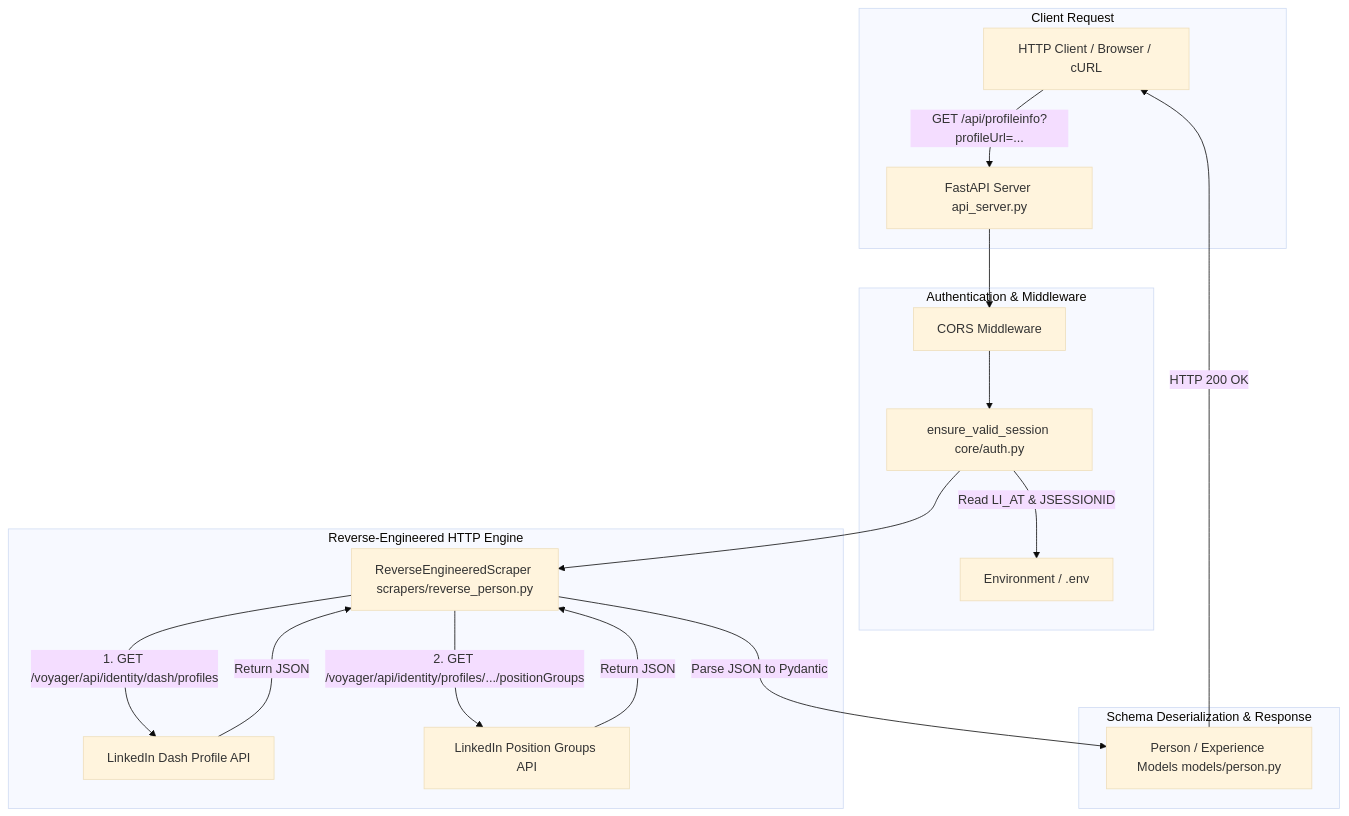
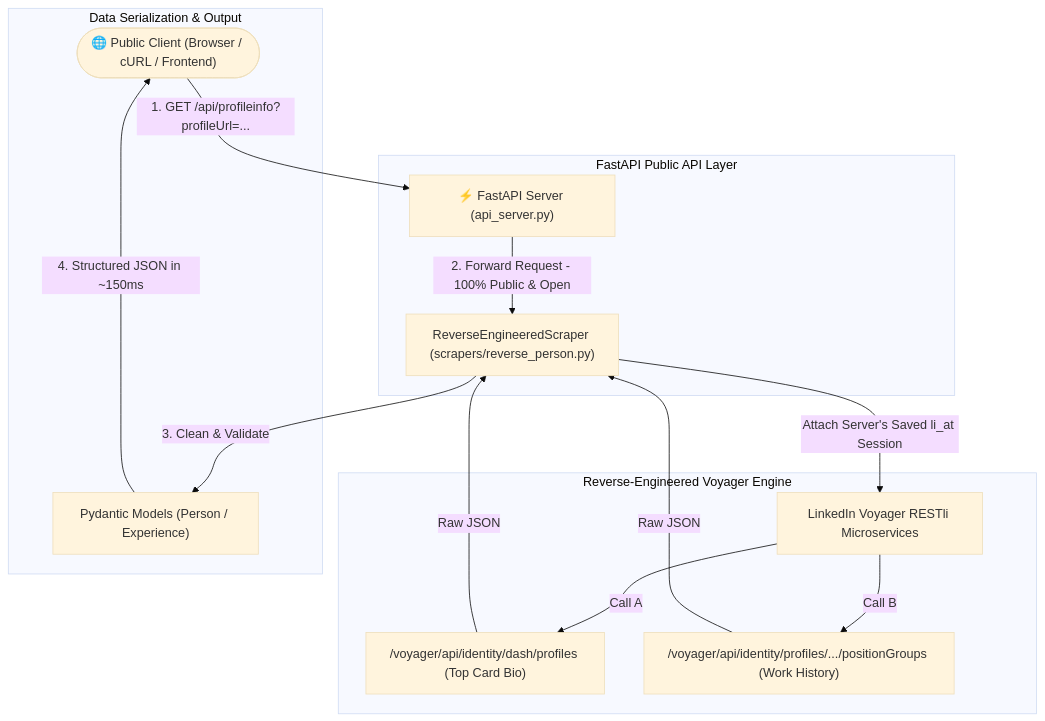
Before and after one commit to Mangesh1511/linkedinprofile_api: the diagram in README.md, drawn with Mermaid (base theme).

Commit message:
readme changes

````diff
--- a/README.md
+++ b/README.md
@@ -21,25 +21,21 @@
 ```mermaid
 flowchart TD
-    subgraph Client Request
-        Client[HTTP Client / Browser / cURL] -->|GET /api/profileinfo?profileUrl=...| Server[FastAPI Server api_server.py]
+    Client(["🌐 Public Client (Browser / cURL / Frontend)"]) -->|1. GET /api/profileinfo?profileUrl=...| Server["⚡ FastAPI Server (api_server.py)"]
+    
+    subgraph FastAPI Public API Layer
+        Server -->|2. Forward Request - 100% Public & Open| Scraper["ReverseEngineeredScraper (scrapers/reverse_person.py)"]
     end
 
-    subgraph Authentication & Middleware
-        Server --> CORS[CORS Middleware]
-        CORS --> Session[ensure_valid_session core/auth.py]
-        Session -->|Read LI_AT & JSESSIONID| CookieStore[Environment / .env]
+    subgraph Reverse-Engineered Voyager Engine
+        Scraper -->|Attach Server's Saved li_at Session| LinkedIn["LinkedIn Voyager RESTli Microservices"]
+        LinkedIn -->|Call A| DashAPI["/voyager/api/identity/dash/profiles (Top Card Bio)"]
+        LinkedIn -->|Call B| PosAPI["/voyager/api/identity/profiles/.../positionGroups (Work History)"]
+        DashAPI -->|Raw JSON| Scraper
+        PosAPI -->|Raw JSON| Scraper
     end
 
-    subgraph Reverse-Engineered HTTP Engine
-        Session --> Scraper[ReverseEngineeredScraper scrapers/reverse_person.py]
-        Scraper -->|1. GET /voyager/api/identity/dash/profiles| DashAPI[LinkedIn Dash Profile API]
-        Scraper -->|2. GET /voyager/api/identity/profiles/.../positionGroups| PosAPI[LinkedIn Position Groups API]
-        DashAPI -->|Return JSON| Scraper
-        PosAPI -->|Return JSON| Scraper
-    end
-
-    subgraph Schema Deserialization & Response
-        Scraper -->|Parse JSON to Pydantic| Models[Person / Experience Models models/person.py]
-        Models -->|HTTP 200 OK| Client
+    subgraph Data Serialization & Output
+        Scraper -->|3. Clean & Validate| Models["Pydantic Models (Person / Experience)"]
+        Models -->|4. Structured JSON in ~150ms| Client
     end
 ```
````
